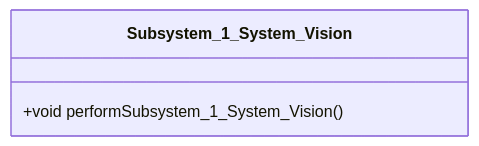
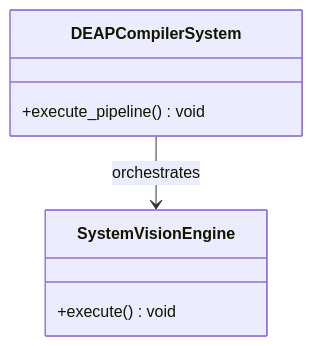
One commit to gintatkinson/dumpiler-01 changed the first of 2 diagrams in docs/epics/EPIC-03-Subsystem_1_System_Vision.md. Above: the diagram before and after it, drawn with Mermaid. The commit also changed other lines of this file and 90 other files, not shown here.

````diff
--- a/docs/epics/EPIC-03-Subsystem_1_System_Vision.md
+++ b/docs/epics/EPIC-03-Subsystem_1_System_Vision.md
@@ -30,6 +53,10 @@
 ```mermaid
 classDiagram
-    class Subsystem_1_System_Vision {
-        +void performSubsystem_1_System_Vision()
+    class DEAPCompilerSystem {
+        +execute_pipeline() void
     }
+    class SystemVisionEngine {
+        +execute() void
+    }
+    DEAPCompilerSystem --> SystemVisionEngine : orchestrates
 ```
````
